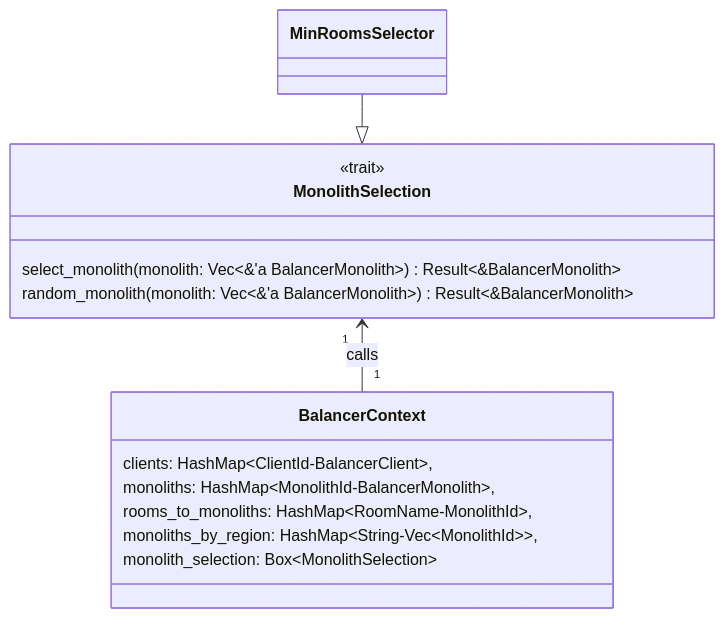
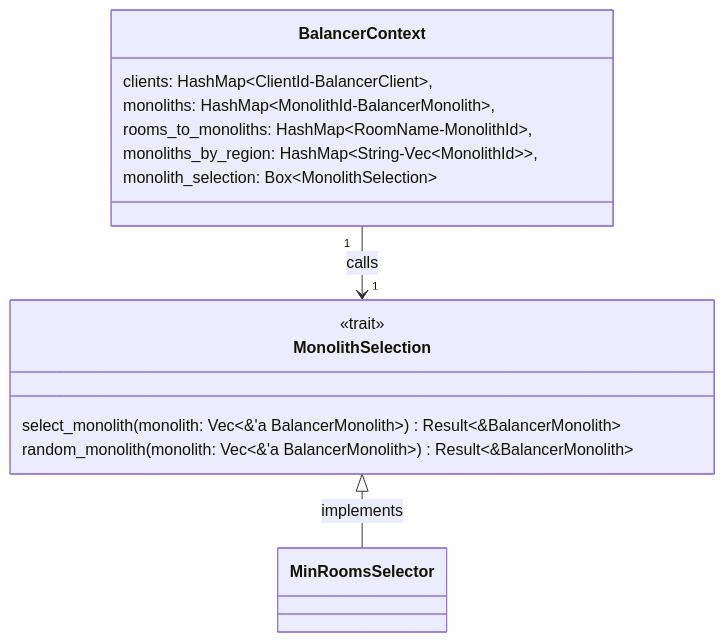
Before and after one commit to dyc3/senior-design: the diagram in figures/monolith-selection-internals-class.mmd, drawn with Mermaid. The commit also changed 1 other file, not shown here.

Commit message:
made changes professor requested to monolith selection figure (#266)
Changed orientation of figure and specified relationship between
MonolithSelection and MinRoomsSelector

```diff
--- a/figures/monolith-selection-internals-class.mmd
+++ b/figures/monolith-selection-internals-class.mmd
@@ -1,23 +1,23 @@
 classDiagram
-    direction BT
+    direction TB
 
     class MinRoomsSelector
 
     class MonolithSelection {
         <<trait>>
         select_monolith(monolith: Vec~&'a BalancerMonolith~) Result~&BalancerMonolith~
         random_monolith(monolith: Vec~&'a BalancerMonolith~) Result~&BalancerMonolith~
 
     }
 
-    MonolithSelection <|-- MinRoomsSelector
+    MonolithSelection <|-- MinRoomsSelector : implements
 
     class BalancerContext {
         clients: HashMap~ClientId-BalancerClient~,
         monoliths: HashMap~MonolithId-BalancerMonolith~,
         rooms_to_monoliths: HashMap~RoomName-MonolithId~,
         monoliths_by_region: HashMap~String-Vec~MonolithId~~,
         monolith_selection: Box~MonolithSelection~
     }
 
     BalancerContext "1" --> "1" MonolithSelection : calls
```
